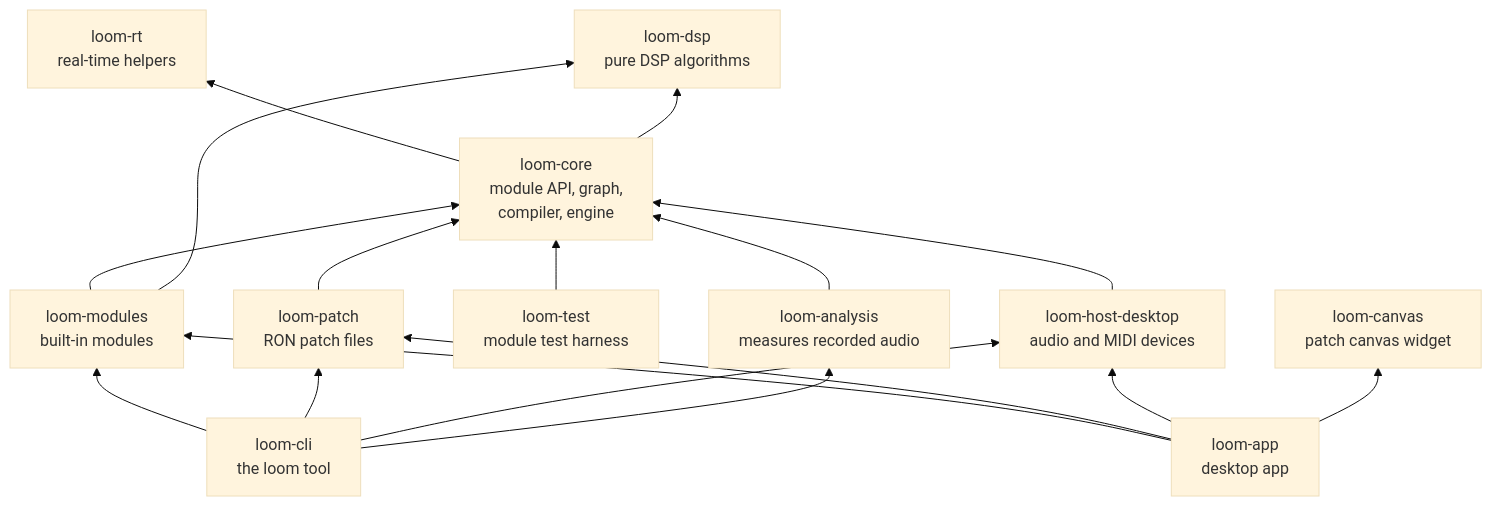
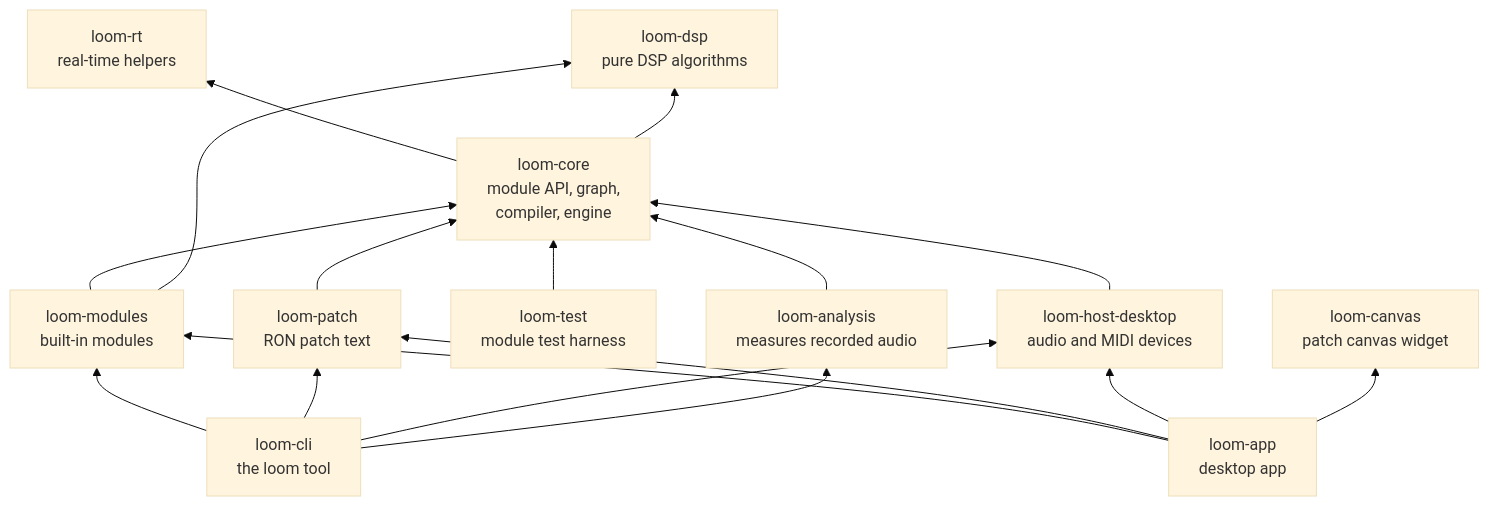
One commit to Aaqibhafeezkhan/LoomDSP changed the first of 2 diagrams in docs/dev/architecture.md. Above: the diagram before and after it, drawn with Mermaid (base theme). The commit also changed other lines of this file and 70 other files, not shown here.

First line of the commit message:
Prepare loom-patch for sub-patches: one resolved module, typed load warnings, labels that save, no file I/O (#664)

````diff
--- a/docs/dev/architecture.md
+++ b/docs/dev/architecture.md
@@ -7,23 +7,23 @@
 ```mermaid
 flowchart BT
     rt[loom-rt<br/>real-time helpers]
     dsp[loom-dsp<br/>pure DSP algorithms]
     core[loom-core<br/>module API, graph,<br/>compiler, engine]
     modules[loom-modules<br/>built-in modules]
-    patch[loom-patch<br/>RON patch files]
+    patch[loom-patch<br/>RON patch text]
     test[loom-test<br/>module test harness]
     analysis[loom-analysis<br/>measures recorded audio]
     host[loom-host-desktop<br/>audio and MIDI devices]
     canvas[loom-canvas<br/>patch canvas widget]
     cli[loom-cli<br/>the loom tool]
     app[loom-app<br/>desktop app]
 
     core --> rt & dsp
     modules --> core & dsp
     patch --> core
     test --> core
     analysis --> core
     host --> core
     cli --> modules & patch & host & analysis
     app --> modules & patch & host & canvas
 ```
````
